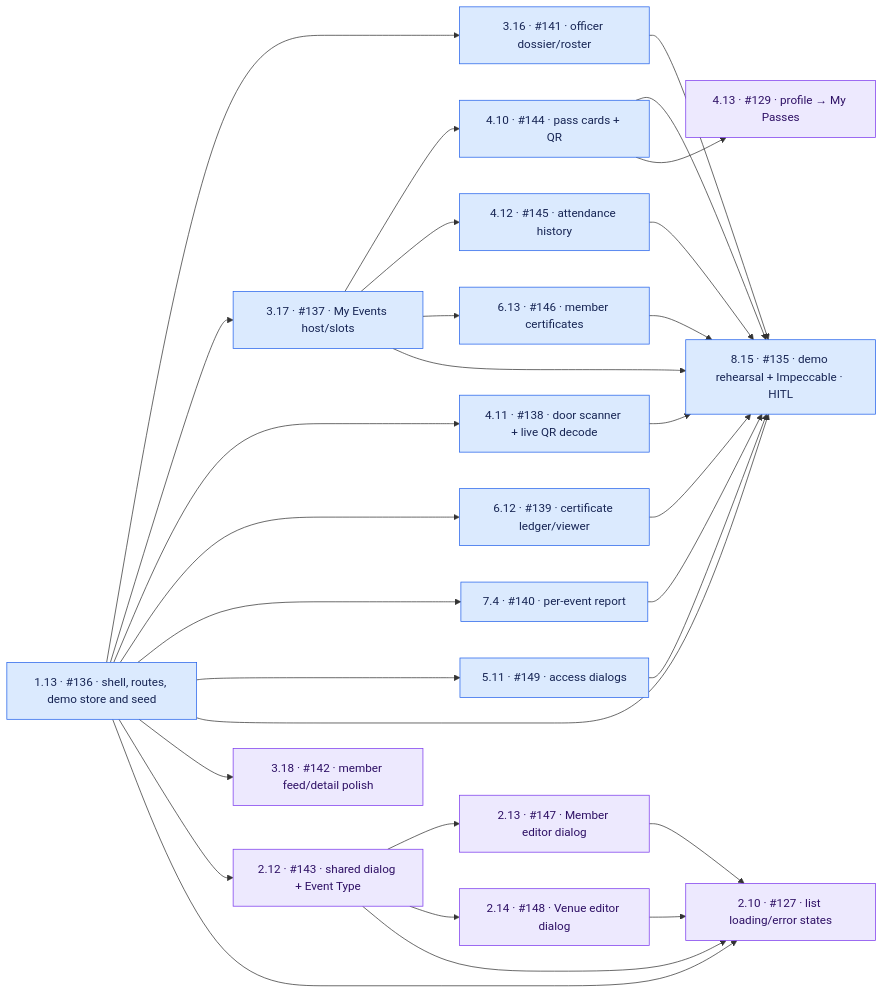
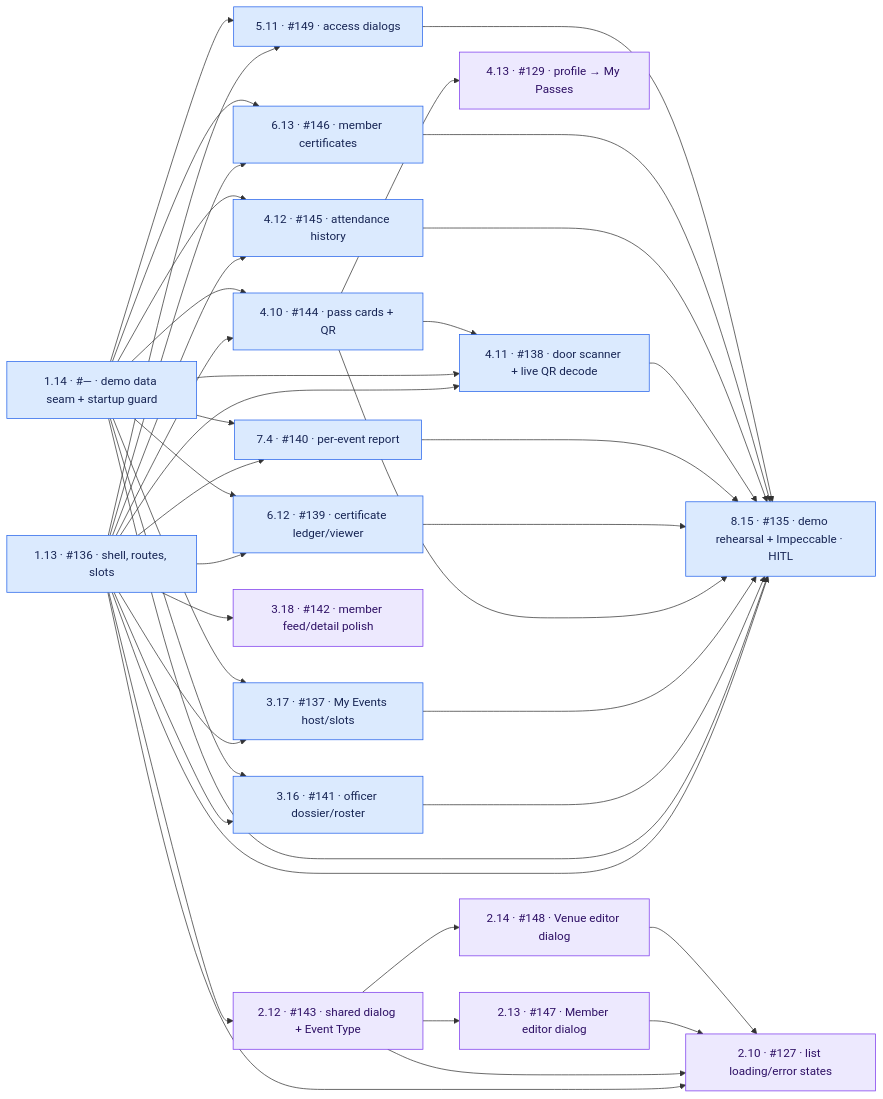
Before and after one commit to skaarfundgandr/attendta: the first of 10 diagrams in _bmad-output/initiative-attendta/dependency-graphs-demo-first.md, drawn with Mermaid. The commit also changed other lines of this file and 60 other files, not shown here.

````diff
--- a/_bmad-output/initiative-attendta/dependency-graphs-demo-first.md
+++ b/_bmad-output/initiative-attendta/dependency-graphs-demo-first.md
@@ -42,53 +45,65 @@
 ```mermaid
 flowchart LR
-  t1_13["1.13 · #136 · shell, routes, demo store and seed"]:::critical
+  t1_13["1.13 · #136 · shell, routes, slots"]:::critical
+  t1_14["1.14 · #— · demo data seam + startup guard"]:::critical
   t3_16["3.16 · #141 · officer dossier/roster"]:::critical
   t3_17["3.17 · #137 · My Events host/slots"]:::critical
-  t4_11["4.11 · #138 · door scanner + live QR decode"]:::critical
+  t4_10["4.10 · #144 · pass cards + QR"]:::critical
   t6_12["6.12 · #139 · certificate ledger/viewer"]:::critical
   t7_4["7.4 · #140 · per-event report"]:::critical
-  t4_10["4.10 · #144 · pass cards + QR"]:::critical
+  t4_11["4.11 · #138 · door scanner + live QR decode"]:::critical
   t4_12["4.12 · #145 · attendance history"]:::critical
   t6_13["6.13 · #146 · member certificates"]:::critical
   t5_11["5.11 · #149 · access dialogs"]:::critical
   t8_15["8.15 · #135 · demo rehearsal + Impeccable · HITL"]:::critical
   t3_18["3.18 · #142 · member feed/detail polish"]:::polish
   t4_13["4.13 · #129 · profile → My Passes"]:::polish
   t2_12["2.12 · #143 · shared dialog + Event Type"]:::polish
   t2_13["2.13 · #147 · Member editor dialog"]:::polish
   t2_14["2.14 · #148 · Venue editor dialog"]:::polish
   t2_10["2.10 · #127 · list loading/error states"]:::polish
   t1_13 --> t3_16
   t1_13 --> t3_17
-  t1_13 --> t4_11
+  t1_13 --> t4_10
   t1_13 --> t6_12
   t1_13 --> t7_4
+  t1_13 --> t4_11
+  t1_13 --> t4_12
+  t1_13 --> t6_13
   t1_13 --> t5_11
   t1_13 --> t8_15
   t1_13 --> t3_18
   t1_13 --> t2_12
   t1_13 --> t2_10
+  t1_14 --> t3_16
+  t1_14 --> t3_17
+  t1_14 --> t4_10
+  t1_14 --> t6_12
+  t1_14 --> t7_4
+  t1_14 --> t4_11
+  t1_14 --> t4_12
+  t1_14 --> t6_13
+  t1_14 --> t5_11
+  t1_14 --> t8_15
   t3_16 --> t8_15
-  t3_17 --> t4_10
-  t3_17 --> t4_12
-  t3_17 --> t6_13
   t3_17 --> t8_15
-  t4_11 --> t8_15
+  t4_10 --> t4_11
+  t4_10 --> t8_15
+  t4_10 --> t4_13
   t6_12 --> t8_15
   t7_4 --> t8_15
-  t4_10 --> t8_15
-  t4_10 --> t4_13
+  t4_11 --> t8_15
   t4_12 --> t8_15
   t6_13 --> t8_15
   t5_11 --> t8_15
   t2_12 --> t2_13
   t2_12 --> t2_14
   t2_12 --> t2_10
   t2_13 --> t2_10
   t2_14 --> t2_10
   classDef critical fill:#dbeafe,stroke:#2563eb,color:#172554
   classDef polish fill:#ede9fe,stroke:#7c3aed,color:#2e1065
   classDef integration fill:#fef3c7,stroke:#d97706,color:#451a03
   classDef finale fill:#dcfce7,stroke:#16a34a,color:#14532d
   classDef ext fill:#f1f5f9,stroke:#64748b,color:#0f172a,stroke-dasharray:5 5
 ```
````
